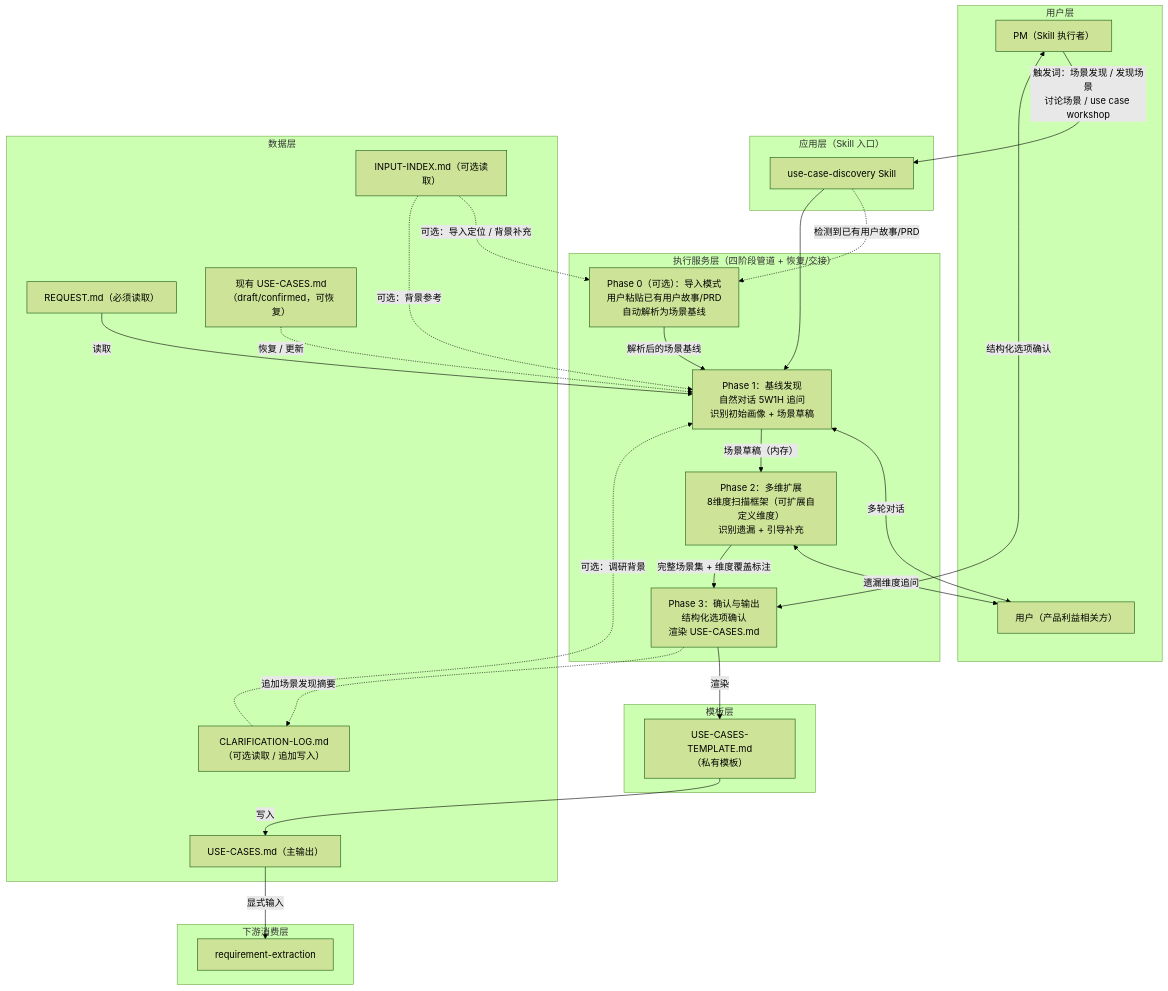
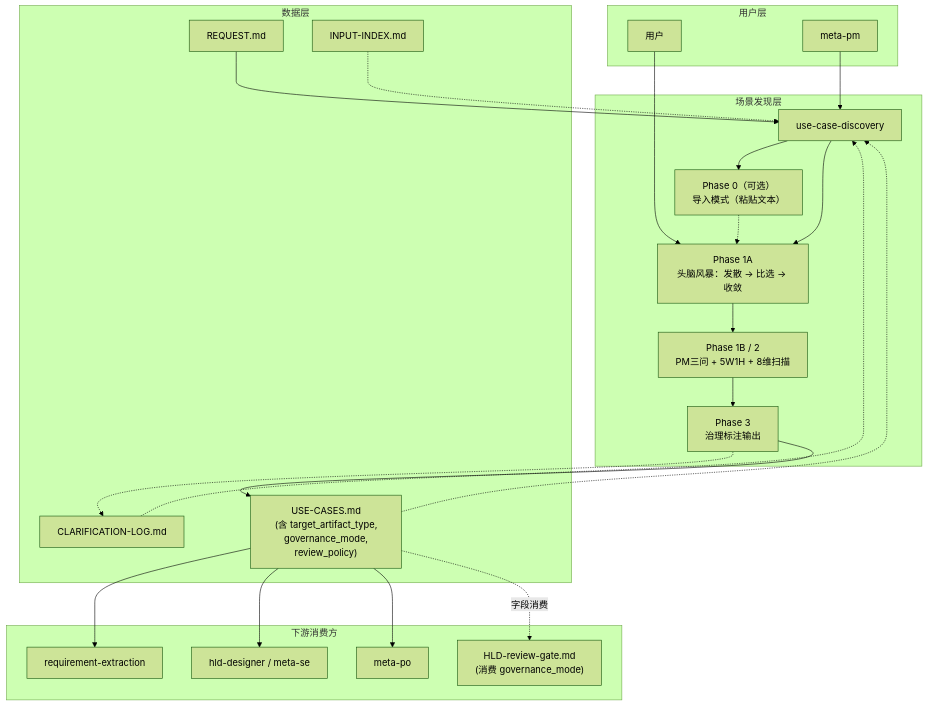
Before and after one commit to hyde-zhao/meta-flow: the first of 2 diagrams in process/HLD.md, drawn with Mermaid (forest theme). The commit also changed other lines of this file and 84 other files, not shown here.

````diff
--- a/process/HLD.md
+++ b/process/HLD.md
@@ -220,53 +212,48 @@
 ```mermaid
 graph TD
   subgraph User["用户层"]
-    PM["PM（Skill 执行者）"]
-    U["用户（产品利益相关方）"]
+    PM["meta-pm"]
+    U["用户"]
   end
 
-  subgraph App["应用层（Skill 入口）"]
-    UCD["use-case-discovery Skill"]
-  end
-
-  subgraph Service["执行服务层（四阶段管道 + 恢复/交接）"]
-    P0["Phase 0（可选）：导入模式\n用户粘贴已有用户故事/PRD\n自动解析为场景基线"]
-    P1["Phase 1：基线发现\n自然对话 5W1H 追问\n识别初始画像 + 场景草稿"]
-    P2["Phase 2：多维扩展\n8维度扫描框架（可扩展自定义维度）\n识别遗漏 + 引导补充"]
-    P3["Phase 3：确认与输出\n结构化选项确认\n渲染 USE-CASES.md"]
-  end
-
-  subgraph Template["模板层"]
-    T1["USE-CASES-TEMPLATE.md\n（私有模板）"]
-  end
-
-  subgraph Consumer["下游消费层"]
-    REX["requirement-extraction"]
+  subgraph Discovery["场景发现层"]
+    UCD["use-case-discovery"]
+    B1["Phase 1A\n头脑风暴：发散 → 比选 → 收敛"]
+    X0["Phase 0（可选）\n导入模式（粘贴文本）"]
+    X1["Phase 1B / 2\nPM三问 + 5W1H + 8维扫描"]
+    O1["Phase 3\n治理标注输出"]
   end
 
   subgraph Data["数据层"]
-    D1["REQUEST.md（必须读取）"]
-    D2["INPUT-INDEX.md（可选读取）"]
-    D3["CLARIFICATION-LOG.md（可选读取 / 追加写入）"]
-    D4["现有 USE-CASES.md（draft/confirmed，可恢复）"]
-    D5["USE-CASES.md（主输出）"]
+    D1["REQUEST.md"]
+    D2["INPUT-INDEX.md"]
+    D3["CLARIFICATION-LOG.md"]
+    D4["USE-CASES.md\n(含 target_artifact_type,\n governance_mode, review_policy)"]
   end
 
-  PM -->|"触发词：场景发现 / 发现场景\n讨论场景 / use case workshop"| UCD
-  UCD -.->|"检测到已有用户故事/PRD"| P0
-  P0 -->|"解析后的场景基线"| P1
-  UCD --> P1
-  P1 <-->|"多轮对话"| U
-  P1 -->|"场景草稿（内存）"| P2
-  P2 <-->|"遗漏维度追问"| U
-  P2 -->|"完整场景集 + 维度覆盖标注"| P3
-  P3 <-->|"结构化选项确认"| PM
-  P3 -->|"渲染"| T1
-  T1 -->|"写入"| D5
-  D1 -->|"读取"| P1
-  D2 -.->|"可选：导入定位 / 背景补充"| P0
-  D2 -.->|"可选：背景参考"| P1
-  D3 -.->|"可选：调研背景"| P1
-  D4 -.->|"恢复 / 更新"| P1
-  D5 -->|"显式输入"| REX
-  P3 -.->|"追加场景发现摘要"| D3
+  subgraph Downstream["下游消费方"]
+    REX["requirement-extraction"]
+    SE["hld-designer / meta-se"]
+    PO["meta-po"]
+    RG["HLD-review-gate.md\n(消费 governance_mode)"]
+  end
+
+  PM --> UCD
+  U --> B1
+  UCD --> X0
+  X0 -.-> B1
+  UCD --> B1
+  B1 --> X1
+  X1 --> O1
+  D1 --> UCD
+  D2 -.-> UCD
+  D3 -.-> UCD
+  D4 -.-> UCD
+  O1 --> D4
+  O1 -.-> D3
+
+  D4 --> REX
+  D4 --> SE
+  D4 --> PO
+  D4 -. "字段消费" .-> RG
 ```
````
